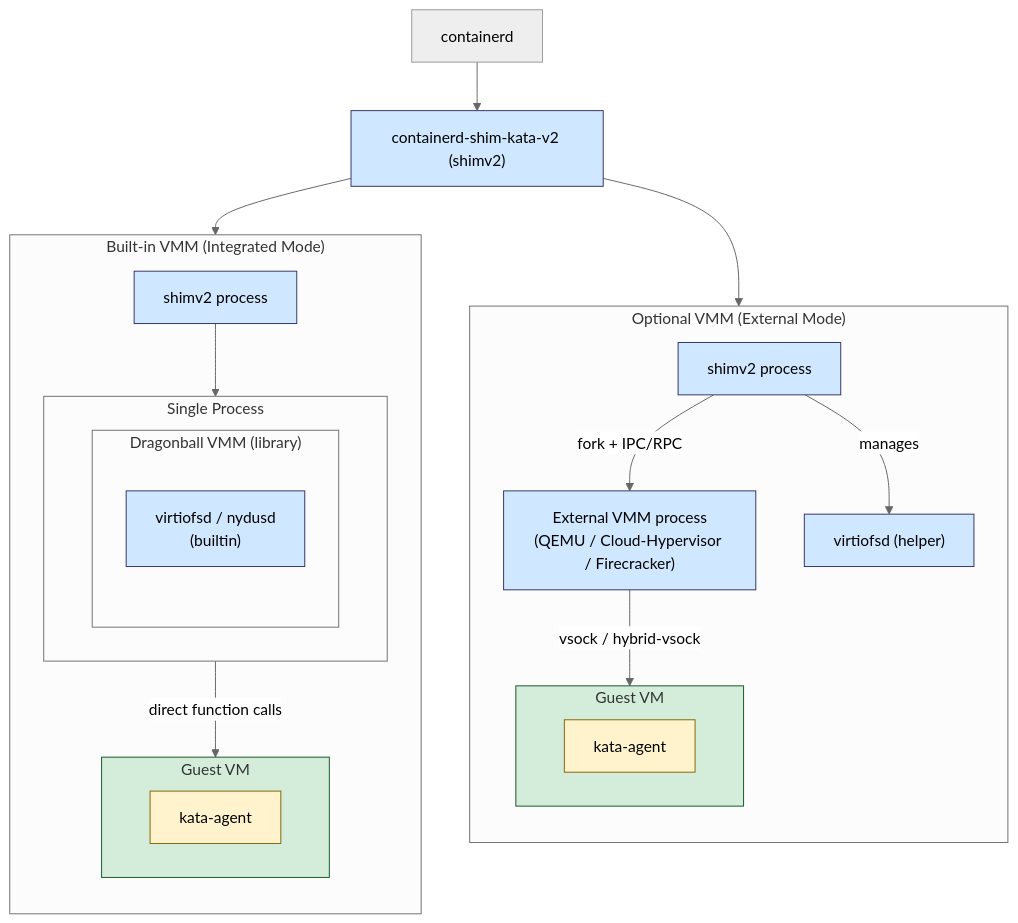
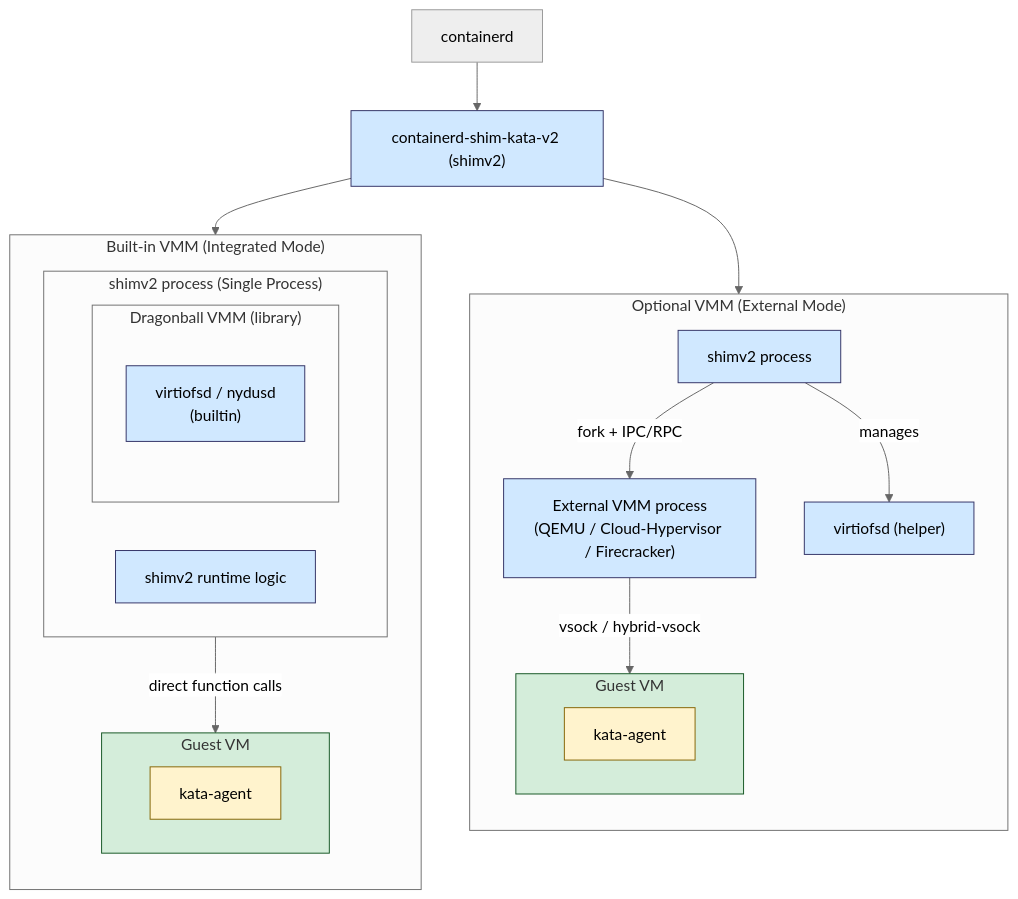
The first of 6 diagrams in docs/design/architecture_4.0/README.md (Apokleos/kata-containers), drawn with Mermaid (neutral theme) before and after one commit.

Commit message:
docs: collapse BuiltIn VMM to single shimv2 process containing runtime + Dragonball + virtiofs
Agent-Logs-Url: https://github.com/Apokleos/kata-containers/sessions/8b5f4ef5-eeef-4b88-bdf2-ce34c6fb51dc

````diff
--- a/docs/design/architecture_4.0/README.md
+++ b/docs/design/architecture_4.0/README.md
@@ -15,42 +15,41 @@
 ```mermaid
 graph TD
     containerd["containerd"] --> shimv2["containerd-shim-kata-v2 (shimv2)"]
 
     subgraph BuiltIn["Built-in VMM (Integrated Mode)"]
         direction TD
-        shimv2_bi["shimv2 process"]
-        subgraph shimv2_bi_inner["Single Process"]
+        subgraph shimv2_bi["shimv2 process (Single Process)"]
+            runtime_bi["shimv2 runtime logic"]
             subgraph dragonball["Dragonball VMM (library)"]
                 helpers_bi["virtiofsd / nydusd\n(builtin)"]
             end
         end
         subgraph guestvm_bi["Guest VM"]
             agent_bi["kata-agent"]
         end
-        shimv2_bi --> shimv2_bi_inner
-        shimv2_bi_inner -->|"direct function calls"| guestvm_bi
+        shimv2_bi -->|"direct function calls"| guestvm_bi
     end
 
     subgraph OptionalVMM["Optional VMM (External Mode)"]
         direction TD
         shimv2_ext["shimv2 process"]
         virtiofsd_ext["virtiofsd (helper)"]
         ext_vmm["External VMM process\n(QEMU / Cloud-Hypervisor / Firecracker)"]
         subgraph guestvm_ext["Guest VM"]
             agent_ext["kata-agent"]
         end
         shimv2_ext -->|"fork + IPC/RPC"| ext_vmm
         shimv2_ext -->|"manages"| virtiofsd_ext
         ext_vmm -->|"vsock / hybrid-vsock"| guestvm_ext
     end
 
     shimv2 --> BuiltIn
     shimv2 --> OptionalVMM
 
     classDef process fill:#d0e8ff,stroke:#336,stroke-width:1px
     classDef vm fill:#d4edda,stroke:#155724,stroke-width:1px
     classDef agent fill:#fff3cd,stroke:#856404,stroke-width:1px
-    class shimv2,shimv2_bi,shimv2_ext,helpers_bi,virtiofsd_ext,ext_vmm process
+    class shimv2,runtime_bi,shimv2_ext,helpers_bi,virtiofsd_ext,ext_vmm process
     class guestvm_bi,guestvm_ext vm
     class agent_bi,agent_ext agent
 ```
````
